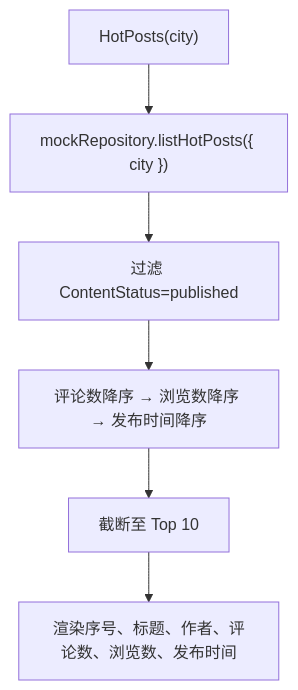
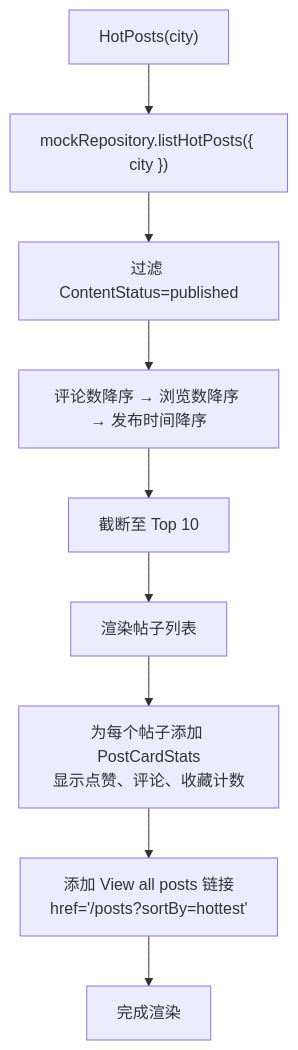
One commit to luyitiger6/my-first-project changed diagram 12 of 17 in .qoder/repowiki/zh/content/规格驱动开发/WanderChain 首页规格文档/WanderChain 首页规格文档.md. Above: the diagram before and after it, drawn with Mermaid. The commit also changed other lines of this file and 54 other files, not shown here.

````diff
--- a/.qoder/repowiki/zh/content/规格驱动开发/WanderChain 首页规格文档/WanderChain 首页规格文档.md
+++ b/.qoder/repowiki/zh/content/规格驱动开发/WanderChain 首页规格文档/WanderChain 首页规格文档.md
@@ -480,8 +547,11 @@
 ```mermaid
 flowchart TD
 Start["HotPosts(city)"] --> Fetch["mockRepository.listHotPosts({ city })"]
 Fetch --> FilterPublished["过滤 ContentStatus=published"]
 FilterPublished --> Sort["评论数降序 → 浏览数降序 → 发布时间降序"]
 Sort --> Limit["截断至 Top 10"]
-Limit --> Render["渲染序号、标题、作者、评论数、浏览数、发布时间"]
+Limit --> RenderList["渲染帖子列表"]
+RenderList --> AddStats["为每个帖子添加 PostCardStats<br/>显示点赞、评论、收藏计数"]
+AddStats --> AddLink["添加 View all posts 链接<br/>href='/posts?sortBy=hottest'"]
+AddLink --> Complete["完成渲染"]
 ```
````
